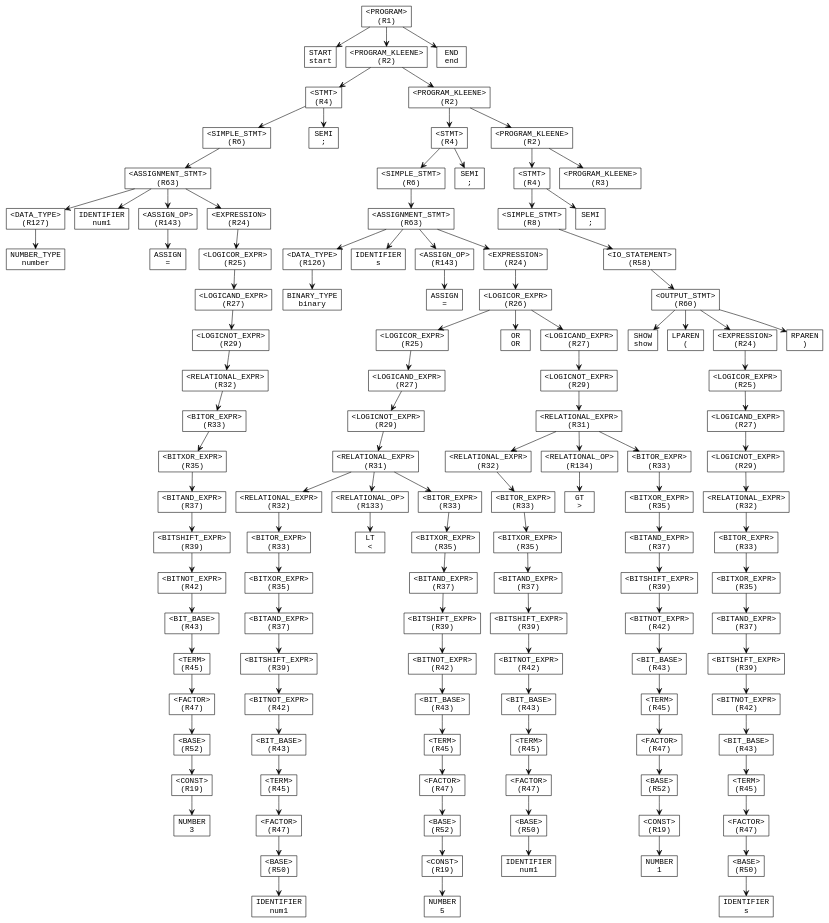
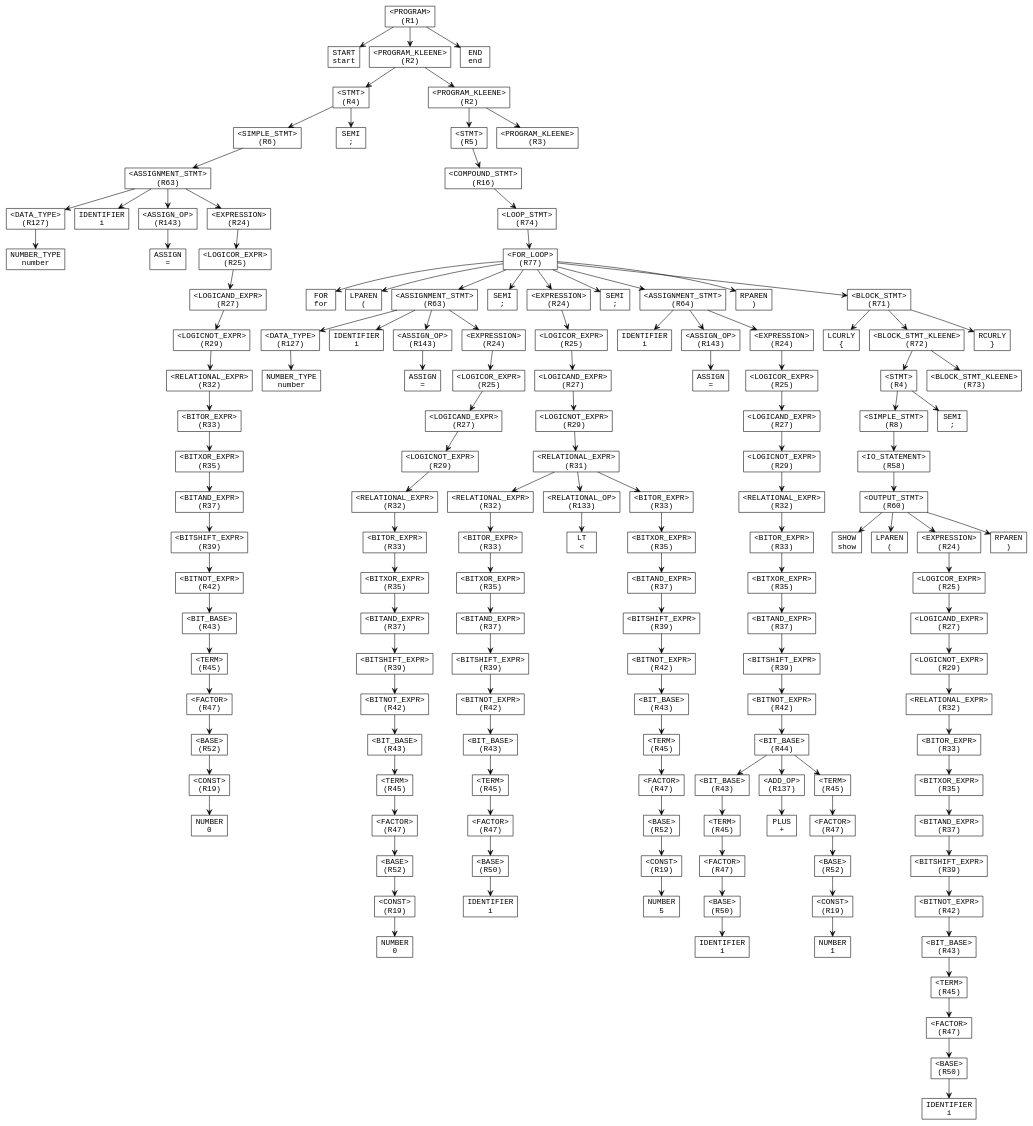
Before and after one commit to AjDesuuu/Upspyre-Programming-Language: the diagram in parse_tree.dot, drawn with Graphviz. The commit also changed 11 other files, not shown here.

```diff
--- a/parse_tree.dot
+++ b/parse_tree.dot
@@ -12,7 +12,7 @@
   n543417129 [label="NUMBER_TYPE\nnumber"];
   n817180867 -> n543417129;
   n1654236199 -> n817180867;
-  n1865760471 [label="IDENTIFIER\nnum1"];
+  n1865760471 [label="IDENTIFIER\ni"];
   n1654236199 -> n1865760471;
   n1084360586 [label="<ASSIGN_OP>\n(R143)"];
   n1493697653 [label="ASSIGN\n="];
@@ -33,7 +33,7 @@
   n1240757188 [label="<FACTOR>\n(R47)"];
   n1076669451 [label="<BASE>\n(R52)"];
   n1499684421 [label="<CONST>\n(R19)"];
-  n1697849584 [label="NUMBER\n3"];
+  n1697849584 [label="NUMBER\n0"];
   n1499684421 -> n1697849584;
   n1076669451 -> n1499684421;
   n1240757188 -> n1076669451;
@@ -56,36 +56,44 @@
   n1536781295 -> n263394753;
   n285769409 -> n1536781295;
   n710589640 [label="<PROGRAM_KLEENE>\n(R2)"];
-  n1762156208 [label="<STMT>\n(R4)"];
-  n364959681 [label="<SIMPLE_STMT>\n(R6)"];
-  n46847397 [label="<ASSIGNMENT_STMT>\n(R63)"];
-  n2106168776 [label="<DATA_TYPE>\n(R126)"];
-  n1457498391 [label="BINARY_TYPE\nbinary"];
+  n1762156208 [label="<STMT>\n(R5)"];
+  n364959681 [label="<COMPOUND_STMT>\n(R16)"];
+  n46847397 [label="<LOOP_STMT>\n(R74)"];
+  n2106168776 [label="<FOR_LOOP>\n(R77)"];
+  n1457498391 [label="FOR\nfor"];
   n2106168776 -> n1457498391;
-  n46847397 -> n2106168776;
-  n1169294034 [label="IDENTIFIER\ns"];
-  n46847397 -> n1169294034;
-  n293703740 [label="<ASSIGN_OP>\n(R143)"];
-  n538402833 [label="ASSIGN\n="];
+  n1169294034 [label="LPAREN\n("];
+  n2106168776 -> n1169294034;
+  n293703740 [label="<ASSIGNMENT_STMT>\n(R63)"];
+  n538402833 [label="<DATA_TYPE>\n(R127)"];
+  n187429397 [label="NUMBER_TYPE\nnumber"];
+  n538402833 -> n187429397;
   n293703740 -> n538402833;
-  n46847397 -> n293703740;
-  n187429397 [label="<EXPRESSION>\n(R24)"];
-  n1583007024 [label="<LOGICOR_EXPR>\n(R26)"];
-  n1128771255 [label="<LOGICOR_EXPR>\n(R25)"];
-  n1481328934 [label="<LOGICAND_EXPR>\n(R27)"];
-  n212120416 [label="<LOGICNOT_EXPR>\n(R29)"];
-  n81761409 [label="<RELATIONAL_EXPR>\n(R31)"];
-  n2048106683 [label="<RELATIONAL_EXPR>\n(R32)"];
-  n2022954150 [label="<BITOR_EXPR>\n(R33)"];
-  n1359300455 [label="<BITXOR_EXPR>\n(R35)"];
-  n688302682 [label="<BITAND_EXPR>\n(R37)"];
-  n1324859833 [label="<BITSHIFT_EXPR>\n(R39)"];
-  n682035749 [label="<BITNOT_EXPR>\n(R42)"];
-  n1407344169 [label="<BIT_BASE>\n(R43)"];
-  n1336568437 [label="<TERM>\n(R45)"];
-  n1059094576 [label="<FACTOR>\n(R47)"];
-  n793134035 [label="<BASE>\n(R50)"];
-  n1855210244 [label="IDENTIFIER\nnum1"];
+  n1583007024 [label="IDENTIFIER\ni"];
+  n293703740 -> n1583007024;
+  n1128771255 [label="<ASSIGN_OP>\n(R143)"];
+  n1481328934 [label="ASSIGN\n="];
+  n1128771255 -> n1481328934;
+  n293703740 -> n1128771255;
+  n212120416 [label="<EXPRESSION>\n(R24)"];
+  n81761409 [label="<LOGICOR_EXPR>\n(R25)"];
+  n2048106683 [label="<LOGICAND_EXPR>\n(R27)"];
+  n2022954150 [label="<LOGICNOT_EXPR>\n(R29)"];
+  n1359300455 [label="<RELATIONAL_EXPR>\n(R32)"];
+  n688302682 [label="<BITOR_EXPR>\n(R33)"];
+  n1324859833 [label="<BITXOR_EXPR>\n(R35)"];
+  n682035749 [label="<BITAND_EXPR>\n(R37)"];
+  n1407344169 [label="<BITSHIFT_EXPR>\n(R39)"];
+  n1336568437 [label="<BITNOT_EXPR>\n(R42)"];
+  n1059094576 [label="<BIT_BASE>\n(R43)"];
+  n793134035 [label="<TERM>\n(R45)"];
+  n1855210244 [label="<FACTOR>\n(R47)"];
+  n1928422753 [label="<BASE>\n(R52)"];
+  n1231768079 [label="<CONST>\n(R19)"];
+  n1412354090 [label="NUMBER\n0"];
+  n1231768079 -> n1412354090;
+  n1928422753 -> n1231768079;
+  n1855210244 -> n1928422753;
   n793134035 -> n1855210244;
   n1059094576 -> n793134035;
   n1336568437 -> n1059094576;
@@ -97,151 +105,191 @@
   n2022954150 -> n1359300455;
   n2048106683 -> n2022954150;
   n81761409 -> n2048106683;
-  n1928422753 [label="<RELATIONAL_OP>\n(R133)"];
-  n1231768079 [label="LT\n<"];
-  n1928422753 -> n1231768079;
-  n81761409 -> n1928422753;
-  n1412354090 [label="<BITOR_EXPR>\n(R33)"];
-  n418260424 [label="<BITXOR_EXPR>\n(R35)"];
-  n1640858073 [label="<BITAND_EXPR>\n(R37)"];
-  n1919255773 [label="<BITSHIFT_EXPR>\n(R39)"];
-  n1349039419 [label="<BITNOT_EXPR>\n(R42)"];
-  n960567963 [label="<BIT_BASE>\n(R43)"];
-  n881821475 [label="<TERM>\n(R45)"];
-  n1779613187 [label="<FACTOR>\n(R47)"];
-  n2143690519 [label="<BASE>\n(R52)"];
-  n1323452342 [label="<CONST>\n(R19)"];
-  n110917590 [label="NUMBER\n5"];
+  n212120416 -> n81761409;
+  n293703740 -> n212120416;
+  n2106168776 -> n293703740;
+  n418260424 [label="SEMI\n;"];
+  n2106168776 -> n418260424;
+  n1640858073 [label="<EXPRESSION>\n(R24)"];
+  n1919255773 [label="<LOGICOR_EXPR>\n(R25)"];
+  n1349039419 [label="<LOGICAND_EXPR>\n(R27)"];
+  n960567963 [label="<LOGICNOT_EXPR>\n(R29)"];
+  n881821475 [label="<RELATIONAL_EXPR>\n(R31)"];
+  n1779613187 [label="<RELATIONAL_EXPR>\n(R32)"];
+  n2143690519 [label="<BITOR_EXPR>\n(R33)"];
+  n1323452342 [label="<BITXOR_EXPR>\n(R35)"];
+  n110917590 [label="<BITAND_EXPR>\n(R37)"];
+  n2038510496 [label="<BITSHIFT_EXPR>\n(R39)"];
+  n921744672 [label="<BITNOT_EXPR>\n(R42)"];
+  n1794345919 [label="<BIT_BASE>\n(R43)"];
+  n255091696 [label="<TERM>\n(R45)"];
+  n2144886149 [label="<FACTOR>\n(R47)"];
+  n1286782699 [label="<BASE>\n(R50)"];
+  n988441265 [label="IDENTIFIER\ni"];
+  n1286782699 -> n988441265;
+  n2144886149 -> n1286782699;
+  n255091696 -> n2144886149;
+  n1794345919 -> n255091696;
+  n921744672 -> n1794345919;
+  n2038510496 -> n921744672;
+  n110917590 -> n2038510496;
   n1323452342 -> n110917590;
   n2143690519 -> n1323452342;
   n1779613187 -> n2143690519;
   n881821475 -> n1779613187;
-  n960567963 -> n881821475;
-  n1349039419 -> n960567963;
-  n1919255773 -> n1349039419;
-  n1640858073 -> n1919255773;
-  n418260424 -> n1640858073;
-  n1412354090 -> n418260424;
-  n81761409 -> n1412354090;
-  n212120416 -> n81761409;
-  n1481328934 -> n212120416;
-  n1128771255 -> n1481328934;
-  n1583007024 -> n1128771255;
-  n2038510496 [label="OR\nOR"];
-  n1583007024 -> n2038510496;
-  n921744672 [label="<LOGICAND_EXPR>\n(R27)"];
-  n1794345919 [label="<LOGICNOT_EXPR>\n(R29)"];
-  n255091696 [label="<RELATIONAL_EXPR>\n(R31)"];
-  n2144886149 [label="<RELATIONAL_EXPR>\n(R32)"];
-  n1286782699 [label="<BITOR_EXPR>\n(R33)"];
-  n988441265 [label="<BITXOR_EXPR>\n(R35)"];
-  n384677375 [label="<BITAND_EXPR>\n(R37)"];
-  n728032978 [label="<BITSHIFT_EXPR>\n(R39)"];
-  n1928872115 [label="<BITNOT_EXPR>\n(R42)"];
-  n464389055 [label="<BIT_BASE>\n(R43)"];
-  n1612124024 [label="<TERM>\n(R45)"];
-  n1816737758 [label="<FACTOR>\n(R47)"];
-  n1552158524 [label="<BASE>\n(R50)"];
-  n928799976 [label="IDENTIFIER\nnum1"];
+  n384677375 [label="<RELATIONAL_OP>\n(R133)"];
+  n728032978 [label="LT\n<"];
+  n384677375 -> n728032978;
+  n881821475 -> n384677375;
+  n1928872115 [label="<BITOR_EXPR>\n(R33)"];
+  n464389055 [label="<BITXOR_EXPR>\n(R35)"];
+  n1612124024 [label="<BITAND_EXPR>\n(R37)"];
+  n1816737758 [label="<BITSHIFT_EXPR>\n(R39)"];
+  n1552158524 [label="<BITNOT_EXPR>\n(R42)"];
+  n928799976 [label="<BIT_BASE>\n(R43)"];
+  n1869146548 [label="<TERM>\n(R45)"];
+  n1245365312 [label="<FACTOR>\n(R47)"];
+  n909893588 [label="<BASE>\n(R52)"];
+  n1674931943 [label="<CONST>\n(R19)"];
+  n1264066144 [label="NUMBER\n5"];
+  n1674931943 -> n1264066144;
+  n909893588 -> n1674931943;
+  n1245365312 -> n909893588;
+  n1869146548 -> n1245365312;
+  n928799976 -> n1869146548;
   n1552158524 -> n928799976;
   n1816737758 -> n1552158524;
   n1612124024 -> n1816737758;
   n464389055 -> n1612124024;
   n1928872115 -> n464389055;
-  n728032978 -> n1928872115;
-  n384677375 -> n728032978;
-  n988441265 -> n384677375;
-  n1286782699 -> n988441265;
-  n2144886149 -> n1286782699;
-  n255091696 -> n2144886149;
-  n1869146548 [label="<RELATIONAL_OP>\n(R134)"];
-  n1245365312 [label="GT\n>"];
-  n1869146548 -> n1245365312;
-  n255091696 -> n1869146548;
-  n909893588 [label="<BITOR_EXPR>\n(R33)"];
-  n1674931943 [label="<BITXOR_EXPR>\n(R35)"];
-  n1264066144 [label="<BITAND_EXPR>\n(R37)"];
-  n1474087823 [label="<BITSHIFT_EXPR>\n(R39)"];
-  n1064397791 [label="<BITNOT_EXPR>\n(R42)"];
-  n2006681728 [label="<BIT_BASE>\n(R43)"];
-  n2092638989 [label="<TERM>\n(R45)"];
-  n1292509094 [label="<FACTOR>\n(R47)"];
-  n2031200843 [label="<BASE>\n(R52)"];
-  n1390801505 [label="<CONST>\n(R19)"];
-  n2011369595 [label="NUMBER\n1"];
-  n1390801505 -> n2011369595;
-  n2031200843 -> n1390801505;
-  n1292509094 -> n2031200843;
+  n881821475 -> n1928872115;
+  n960567963 -> n881821475;
+  n1349039419 -> n960567963;
+  n1919255773 -> n1349039419;
+  n1640858073 -> n1919255773;
+  n2106168776 -> n1640858073;
+  n1474087823 [label="SEMI\n;"];
+  n2106168776 -> n1474087823;
+  n1064397791 [label="<ASSIGNMENT_STMT>\n(R64)"];
+  n2006681728 [label="IDENTIFIER\ni"];
+  n1064397791 -> n2006681728;
+  n2092638989 [label="<ASSIGN_OP>\n(R143)"];
+  n1292509094 [label="ASSIGN\n="];
   n2092638989 -> n1292509094;
-  n2006681728 -> n2092638989;
-  n1064397791 -> n2006681728;
-  n1474087823 -> n1064397791;
-  n1264066144 -> n1474087823;
-  n1674931943 -> n1264066144;
-  n909893588 -> n1674931943;
-  n255091696 -> n909893588;
-  n1794345919 -> n255091696;
-  n921744672 -> n1794345919;
-  n1583007024 -> n921744672;
-  n187429397 -> n1583007024;
-  n46847397 -> n187429397;
-  n364959681 -> n46847397;
-  n1762156208 -> n364959681;
-  n1779029518 [label="SEMI\n;"];
-  n1762156208 -> n1779029518;
-  n710589640 -> n1762156208;
-  n515799798 [label="<PROGRAM_KLEENE>\n(R2)"];
-  n1672869306 [label="<STMT>\n(R4)"];
-  n205148543 [label="<SIMPLE_STMT>\n(R8)"];
-  n673668944 [label="<IO_STATEMENT>\n(R58)"];
-  n1168374120 [label="<OUTPUT_STMT>\n(R60)"];
-  n158850115 [label="SHOW\nshow"];
-  n1168374120 -> n158850115;
-  n1469629883 [label="LPAREN\n("];
-  n1168374120 -> n1469629883;
-  n1163382215 [label="<EXPRESSION>\n(R24)"];
-  n535106748 [label="<LOGICOR_EXPR>\n(R25)"];
-  n684152519 [label="<LOGICAND_EXPR>\n(R27)"];
-  n971242361 [label="<LOGICNOT_EXPR>\n(R29)"];
-  n1109467255 [label="<RELATIONAL_EXPR>\n(R32)"];
-  n1976999035 [label="<BITOR_EXPR>\n(R33)"];
-  n1739955560 [label="<BITXOR_EXPR>\n(R35)"];
-  n1093372628 [label="<BITAND_EXPR>\n(R37)"];
-  n172111902 [label="<BITSHIFT_EXPR>\n(R39)"];
-  n1261848681 [label="<BITNOT_EXPR>\n(R42)"];
-  n2343610 [label="<BIT_BASE>\n(R43)"];
-  n490968384 [label="<TERM>\n(R45)"];
-  n115006526 [label="<FACTOR>\n(R47)"];
-  n2136385932 [label="<BASE>\n(R50)"];
-  n1635685070 [label="IDENTIFIER\ns"];
-  n2136385932 -> n1635685070;
-  n115006526 -> n2136385932;
-  n490968384 -> n115006526;
+  n1064397791 -> n2092638989;
+  n2031200843 [label="<EXPRESSION>\n(R24)"];
+  n1390801505 [label="<LOGICOR_EXPR>\n(R25)"];
+  n2011369595 [label="<LOGICAND_EXPR>\n(R27)"];
+  n1779029518 [label="<LOGICNOT_EXPR>\n(R29)"];
+  n515799798 [label="<RELATIONAL_EXPR>\n(R32)"];
+  n1672869306 [label="<BITOR_EXPR>\n(R33)"];
+  n205148543 [label="<BITXOR_EXPR>\n(R35)"];
+  n673668944 [label="<BITAND_EXPR>\n(R37)"];
+  n1168374120 [label="<BITSHIFT_EXPR>\n(R39)"];
+  n158850115 [label="<BITNOT_EXPR>\n(R42)"];
+  n1469629883 [label="<BIT_BASE>\n(R44)"];
+  n1163382215 [label="<BIT_BASE>\n(R43)"];
+  n535106748 [label="<TERM>\n(R45)"];
+  n684152519 [label="<FACTOR>\n(R47)"];
+  n971242361 [label="<BASE>\n(R50)"];
+  n1109467255 [label="IDENTIFIER\ni"];
+  n971242361 -> n1109467255;
+  n684152519 -> n971242361;
+  n535106748 -> n684152519;
+  n1163382215 -> n535106748;
+  n1469629883 -> n1163382215;
+  n1976999035 [label="<ADD_OP>\n(R137)"];
+  n1739955560 [label="PLUS\n+"];
+  n1976999035 -> n1739955560;
+  n1469629883 -> n1976999035;
+  n1093372628 [label="<TERM>\n(R45)"];
+  n172111902 [label="<FACTOR>\n(R47)"];
+  n1261848681 [label="<BASE>\n(R52)"];
+  n2343610 [label="<CONST>\n(R19)"];
+  n490968384 [label="NUMBER\n1"];
   n2343610 -> n490968384;
   n1261848681 -> n2343610;
   n172111902 -> n1261848681;
   n1093372628 -> n172111902;
-  n1739955560 -> n1093372628;
-  n1976999035 -> n1739955560;
-  n1109467255 -> n1976999035;
-  n971242361 -> n1109467255;
-  n684152519 -> n971242361;
-  n535106748 -> n684152519;
-  n1163382215 -> n535106748;
-  n1168374120 -> n1163382215;
-  n1620505140 [label="RPAREN\n)"];
-  n1168374120 -> n1620505140;
+  n1469629883 -> n1093372628;
+  n158850115 -> n1469629883;
+  n1168374120 -> n158850115;
   n673668944 -> n1168374120;
   n205148543 -> n673668944;
   n1672869306 -> n205148543;
-  n813562164 [label="SEMI\n;"];
-  n1672869306 -> n813562164;
   n515799798 -> n1672869306;
-  n2049780862 [label="<PROGRAM_KLEENE>\n(R3)"];
-  n515799798 -> n2049780862;
-  n710589640 -> n515799798;
+  n1779029518 -> n515799798;
+  n2011369595 -> n1779029518;
+  n1390801505 -> n2011369595;
+  n2031200843 -> n1390801505;
+  n1064397791 -> n2031200843;
+  n2106168776 -> n1064397791;
+  n115006526 [label="RPAREN\n)"];
+  n2106168776 -> n115006526;
+  n2136385932 [label="<BLOCK_STMT>\n(R71)"];
+  n1635685070 [label="LCURLY\n{"];
+  n2136385932 -> n1635685070;
+  n1620505140 [label="<BLOCK_STMT_KLEENE>\n(R72)"];
+  n813562164 [label="<STMT>\n(R4)"];
+  n2049780862 [label="<SIMPLE_STMT>\n(R8)"];
+  n1875912983 [label="<IO_STATEMENT>\n(R58)"];
+  n947941771 [label="<OUTPUT_STMT>\n(R60)"];
+  n1743494134 [label="SHOW\nshow"];
+  n947941771 -> n1743494134;
+  n1958090153 [label="LPAREN\n("];
+  n947941771 -> n1958090153;
+  n448791225 [label="<EXPRESSION>\n(R24)"];
+  n569844803 [label="<LOGICOR_EXPR>\n(R25)"];
+  n444088224 [label="<LOGICAND_EXPR>\n(R27)"];
+  n1579641371 [label="<LOGICNOT_EXPR>\n(R29)"];
+  n1156083372 [label="<RELATIONAL_EXPR>\n(R32)"];
+  n1554358094 [label="<BITOR_EXPR>\n(R33)"];
+  n125513285 [label="<BITXOR_EXPR>\n(R35)"];
+  n1659497219 [label="<BITAND_EXPR>\n(R37)"];
+  n1710449916 [label="<BITSHIFT_EXPR>\n(R39)"];
+  n366794979 [label="<BITNOT_EXPR>\n(R42)"];
+  n1259066651 [label="<BIT_BASE>\n(R43)"];
+  n1712819850 [label="<TERM>\n(R45)"];
+  n406704688 [label="<FACTOR>\n(R47)"];
+  n1809127956 [label="<BASE>\n(R50)"];
+  n2128853368 [label="IDENTIFIER\ni"];
+  n1809127956 -> n2128853368;
+  n406704688 -> n1809127956;
+  n1712819850 -> n406704688;
+  n1259066651 -> n1712819850;
+  n366794979 -> n1259066651;
+  n1710449916 -> n366794979;
+  n1659497219 -> n1710449916;
+  n125513285 -> n1659497219;
+  n1554358094 -> n125513285;
+  n1156083372 -> n1554358094;
+  n1579641371 -> n1156083372;
+  n444088224 -> n1579641371;
+  n569844803 -> n444088224;
+  n448791225 -> n569844803;
+  n947941771 -> n448791225;
+  n609885168 [label="RPAREN\n)"];
+  n947941771 -> n609885168;
+  n1875912983 -> n947941771;
+  n2049780862 -> n1875912983;
+  n813562164 -> n2049780862;
+  n1384177945 [label="SEMI\n;"];
+  n813562164 -> n1384177945;
+  n1620505140 -> n813562164;
+  n289821927 [label="<BLOCK_STMT_KLEENE>\n(R73)"];
+  n1620505140 -> n289821927;
+  n2136385932 -> n1620505140;
+  n1921849294 [label="RCURLY\n}"];
+  n2136385932 -> n1921849294;
+  n2106168776 -> n2136385932;
+  n46847397 -> n2106168776;
+  n364959681 -> n46847397;
+  n1762156208 -> n364959681;
+  n710589640 -> n1762156208;
+  n117180404 [label="<PROGRAM_KLEENE>\n(R3)"];
+  n710589640 -> n117180404;
   n285769409 -> n710589640;
   n700131851 -> n285769409;
-  n1875912983 [label="END\nend"];
-  n700131851 -> n1875912983;
+  n1394718235 [label="END\nend"];
+  n700131851 -> n1394718235;
 }
```
